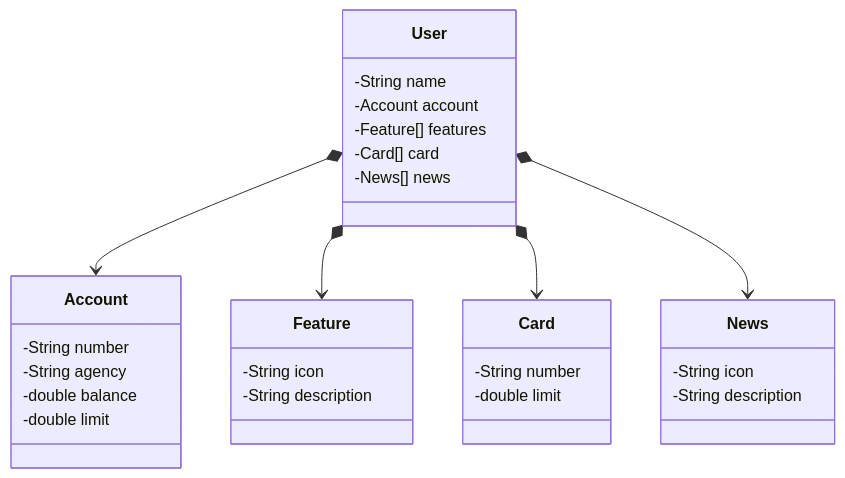
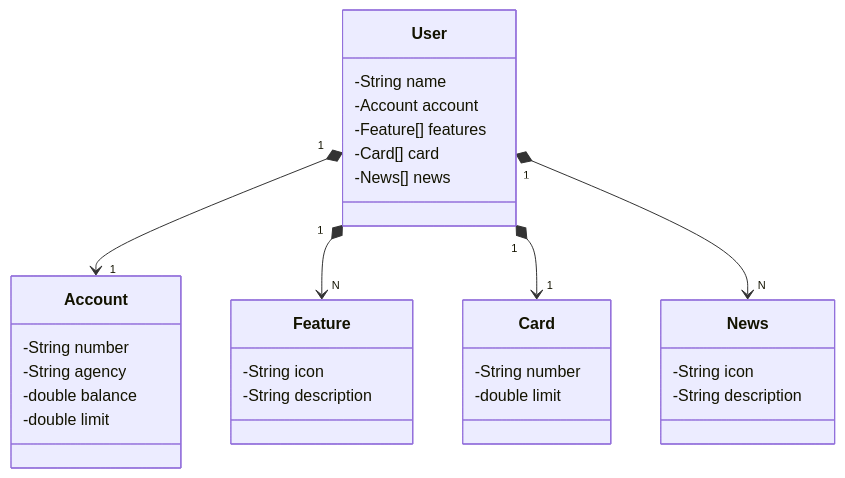
One commit to Vinicius-morcego/ExampleGradle changed the diagram in README.md. Above: the diagram before and after it, drawn with Mermaid.

````diff
--- a/README.md
+++ b/README.md
@@ -12,38 +12,38 @@
 ```mermaid
 classDiagram
     class User {
         -String name
         -Account account
         -Feature[] features
         -Card[] card
         -News[] news
     }
 
     class Account {
         -String number
         -String agency
         -double balance
         -double limit
     }
 
     class Feature {
         -String icon
         -String description
     }
 
     class Card {
         -String number
         -double limit
     }
 
     class News {
         -String icon
         -String description
     }
 
-    User *--> Account
-    User *--> Feature
-    User *--> Card
-    User *--> News
+    User "1" *--> "1" Account
+    User "1" *--> "N" Feature
+    User "1" *--> "1" Card
+    User "1" *--> "N" News
 
 ```
````
